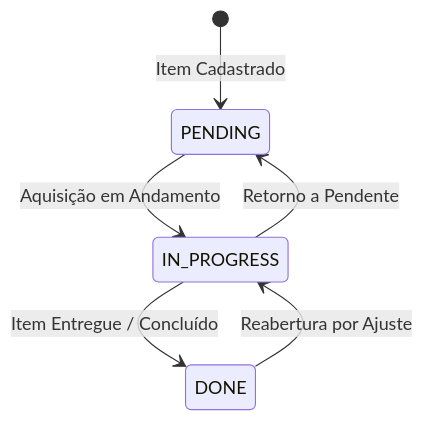
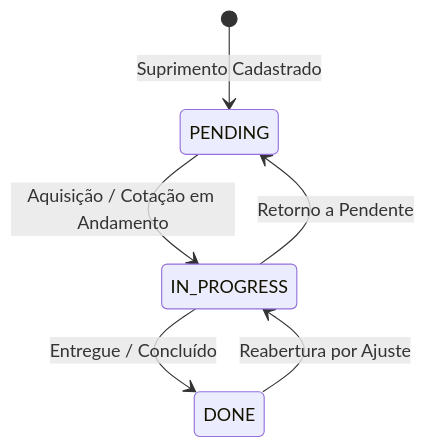
Before and after one commit to Rafaelp122/wedding_management: the second of 2 diagrams in docs/architecture/business-rules/logistics/contract-state-machine.md, drawn with Mermaid. The commit also changed other lines of this file and 433 other files, not shown here.

````diff
--- a/docs/architecture/business-rules/logistics/contract-state-machine.md
+++ b/docs/architecture/business-rules/logistics/contract-state-machine.md
@@ -61,8 +65,8 @@
 ```mermaid
 stateDiagram-v2
-    [*] --> PENDING : Item Cadastrado
-    PENDING --> IN_PROGRESS : Aquisição em Andamento
-    IN_PROGRESS --> DONE : Item Entregue / Concluído
+    [*] --> PENDING : Suprimento Cadastrado
+    PENDING --> IN_PROGRESS : Aquisição / Cotação em Andamento
+    IN_PROGRESS --> DONE : Entregue / Concluído
     DONE --> IN_PROGRESS : Reabertura por Ajuste
     IN_PROGRESS --> PENDING : Retorno a Pendente
 ```
````
